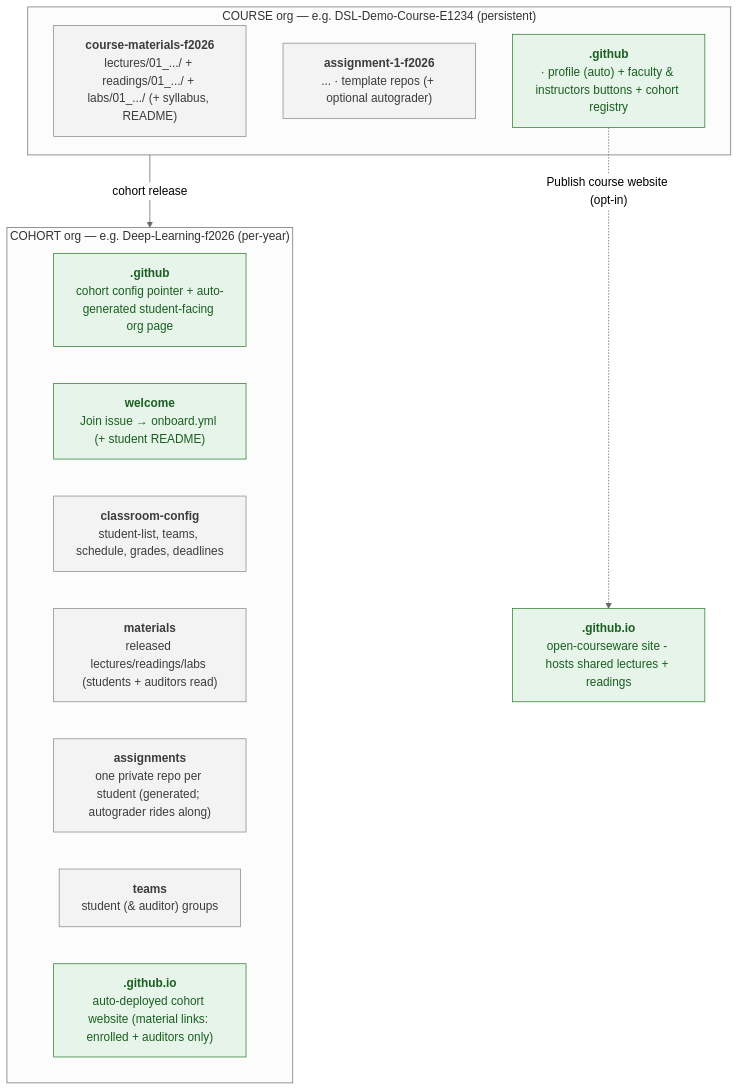
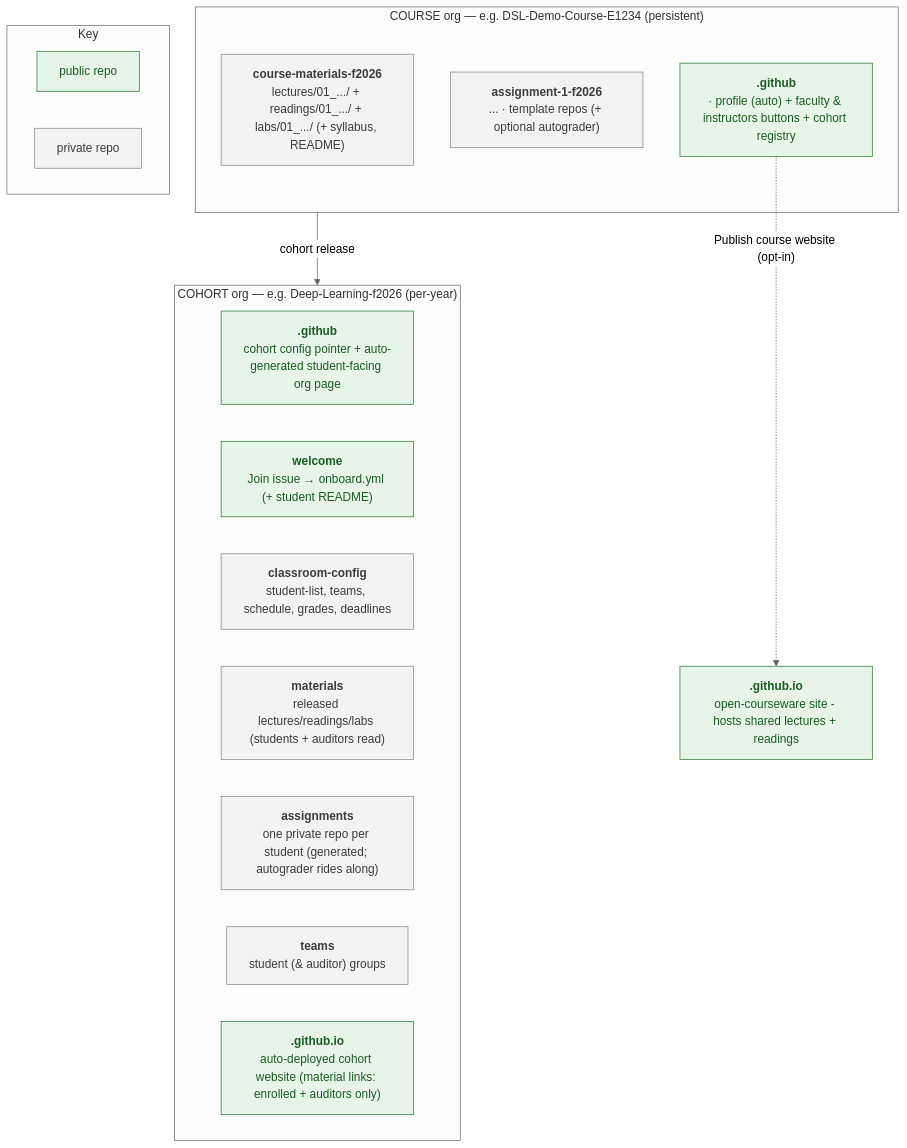
The diagram in README.md (hertie-data-science-lab/dsl-teaching-course-setup), drawn with Mermaid (neutral theme) before and after one commit.

Commit message:
docs(readme): colour key in the model diagram

````diff
--- a/README.md
+++ b/README.md
@@ -52,50 +52,55 @@
 ```mermaid
 flowchart TB
   subgraph COURSE["COURSE org — e.g. DSL-Demo-Course-E1234 (persistent)"]
     mat["`**course-materials-f2026**
 
 lectures/01_.../ + readings/01_.../ + labs/01_.../ (+ syllabus, README)`"]
     tmpl["`**assignment-1-f2026**
 
 ... · template repos (+ optional autograder)`"]
     gh["`**.github**
 
 · profile (auto) + faculty & instructors buttons + cohort registry`"]
   end
 
   subgraph COHORT["COHORT org — e.g. Deep-Learning-f2026 (per-year)"]
     cgh["`**.github**
 
 cohort config pointer + auto-generated student-facing org page`"]
     welcome["`**welcome**
 
 Join issue → onboard.yml (+ student README)`"]
     cfg["`**classroom-config**
 
 student-list, teams, schedule, grades, deadlines`"]
     cmat["`**materials**
 
 released lectures/readings/labs (students + auditors read)`"]
     repos["`**assignments**
 
 one private repo per student (generated; autograder rides along)`"]
     team["`**teams**
 
 student (& auditor) groups`"]
     site["`**<cohort>.github.io**
 
 auto-deployed cohort website (material links: enrolled + auditors only)`"]
   end
 
   pub["`**<course-org>.github.io**
 
 open-courseware site - hosts shared lectures + readings`"]
 
   COURSE -->|"cohort release"| COHORT
   gh -.->|"Publish course website (opt-in)"| pub
 
+  subgraph KEY["Key"]
+    keypub["public repo"]
+    keypriv["private repo"]
+  end
+
   classDef public fill:#e6f4ea,stroke:#2e7d32,color:#1b5e20;
   classDef private fill:#f3f3f3,stroke:#8a8a8a,color:#3c3c3c;
-  class gh,cgh,welcome,site,pub public;
-  class mat,tmpl,cfg,cmat,repos,team private;
+  class gh,cgh,welcome,site,pub,keypub public;
+  class mat,tmpl,cfg,cmat,repos,team,keypriv private;
 ```
````
